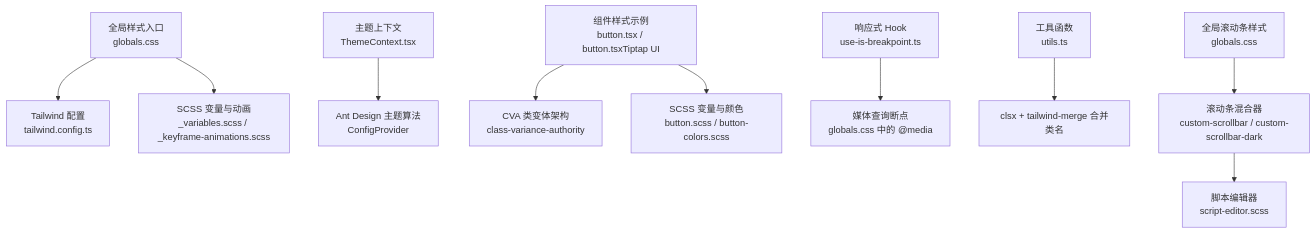
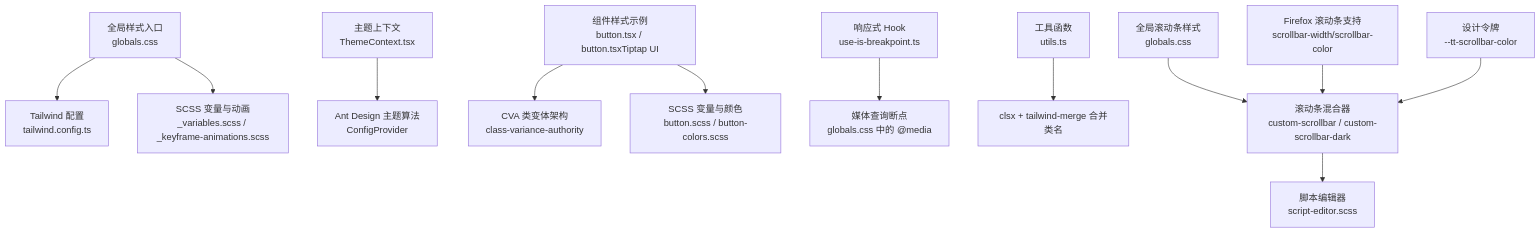
The first of 10 diagrams in .qoder/repowiki/zh/content/前端应用架构/UI组件库/主题与样式系统.md (KunLabAI/KunFlix), drawn with Mermaid before and after one commit. The commit also changed other lines of this file and 15 other files, not shown here.

````diff
--- a/.qoder/repowiki/zh/content/前端应用架构/UI组件库/主题与样式系统.md
+++ b/.qoder/repowiki/zh/content/前端应用架构/UI组件库/主题与样式系统.md
@@ -58,12 +59,14 @@
 ```mermaid
 graph TB
 A["全局样式入口<br/>globals.css"] --> B["Tailwind 配置<br/>tailwind.config.ts"]
 A --> C["SCSS 变量与动画<br/>_variables.scss / _keyframe-animations.scss"]
 D["主题上下文<br/>ThemeContext.tsx"] --> E["Ant Design 主题算法<br/>ConfigProvider"]
 F["组件样式示例<br/>button.tsx / button.tsxTiptap UI"] --> G["CVA 类变体架构<br/>class-variance-authority"]
 F --> H["SCSS 变量与颜色<br/>button.scss / button-colors.scss"]
 I["响应式 Hook<br/>use-is-breakpoint.ts"] --> J["媒体查询断点<br/>globals.css 中的 @media"]
 K["工具函数<br/>utils.ts"] --> L["clsx + tailwind-merge 合并类名"]
 M["滚动条混合器<br/>custom-scrollbar / custom-scrollbar-dark"] --> N["脚本编辑器<br/>script-editor.scss"]
 O["全局滚动条样式<br/>globals.css"] --> M
+P["Firefox 滚动条支持<br/>scrollbar-width/scrollbar-color"] --> M
+Q["设计令牌<br/>--tt-scrollbar-color"] --> M
 ```
````
